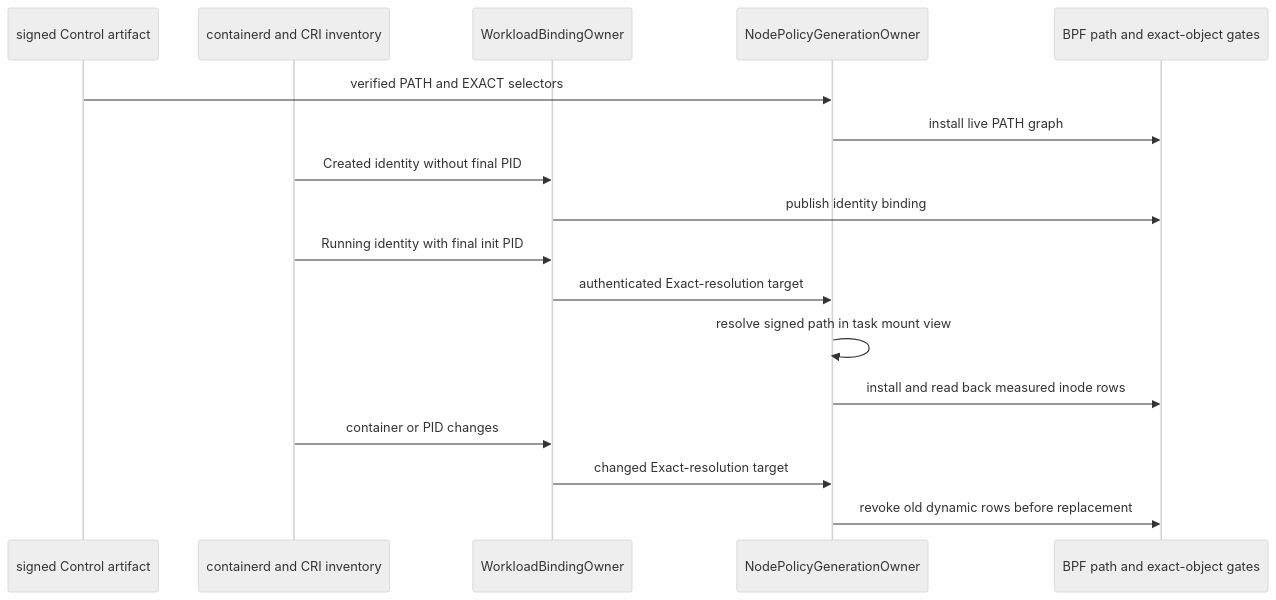
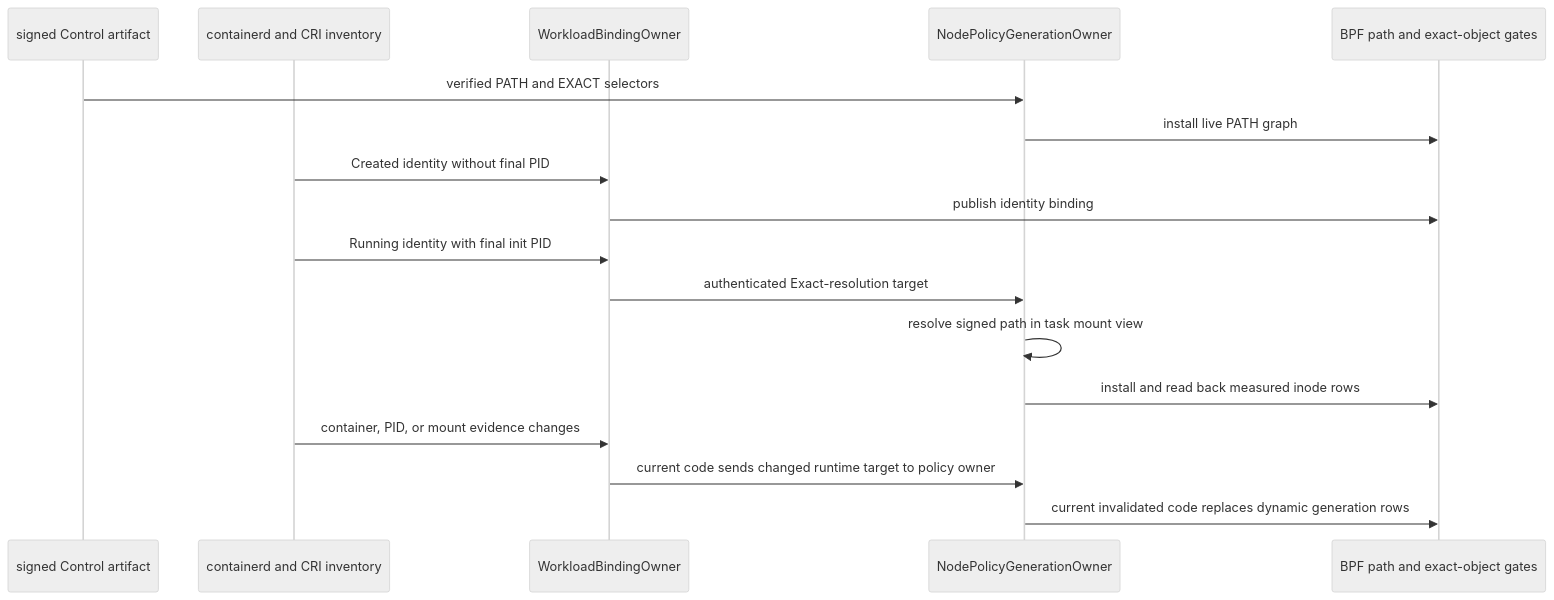
Before and after one commit to Ereborlabs/erebor-runtime: the first of 50 diagrams in docs/plans/mithril-hugging-face-intrusion-prevention/implemented-phase-review.md, drawn with Mermaid (neutral theme). The commit also changed other lines of this file and 2 other files, not shown here.

Commit message:
docs: separate signed policy from runtime evidence

````diff
--- a/docs/plans/mithril-hugging-face-intrusion-prevention/implemented-phase-review.md
+++ b/docs/plans/mithril-hugging-face-intrusion-prevention/implemented-phase-review.md
@@ -100,20 +111,20 @@
 ```mermaid
 sequenceDiagram
     participant C as signed Control artifact
     participant R as containerd and CRI inventory
     participant W as WorkloadBindingOwner
     participant P as NodePolicyGenerationOwner
     participant B as BPF path and exact-object gates
 
     C->>P: verified PATH and EXACT selectors
     P->>B: install live PATH graph
     R->>W: Created identity without final PID
     W->>B: publish identity binding
     R->>W: Running identity with final init PID
     W->>P: authenticated Exact-resolution target
     P->>P: resolve signed path in task mount view
     P->>B: install and read back measured inode rows
-    R->>W: container or PID changes
-    W->>P: changed Exact-resolution target
-    P->>B: revoke old dynamic rows before replacement
+    R->>W: container, PID, or mount evidence changes
+    W->>P: current code sends changed runtime target to policy owner
+    P->>B: current invalidated code replaces dynamic generation rows
 ```
````
